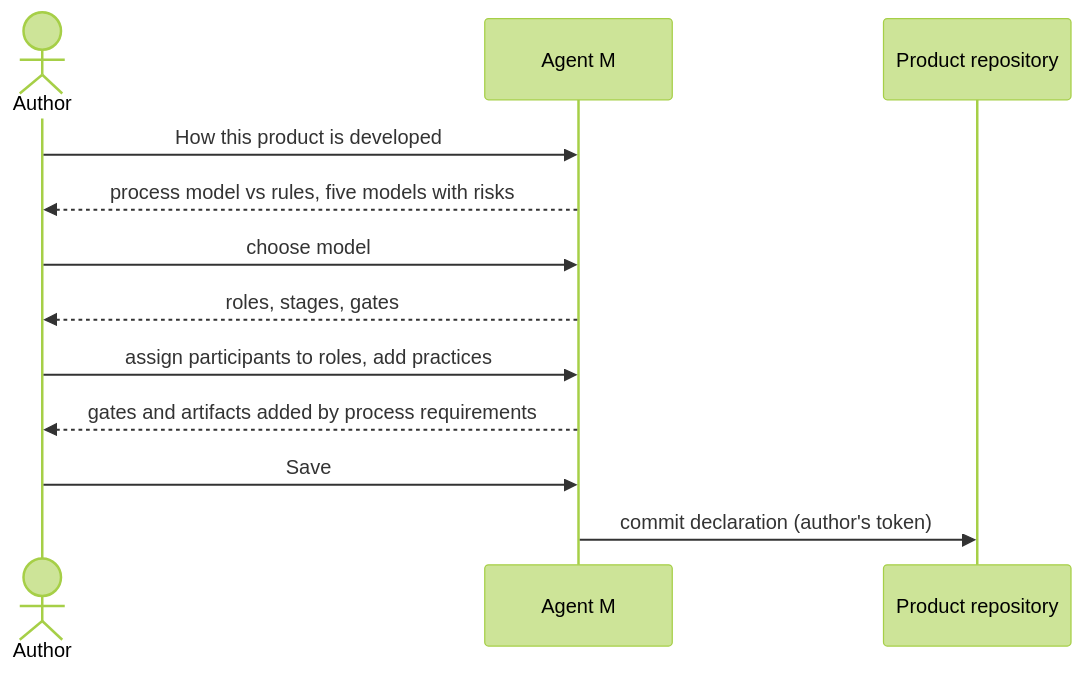
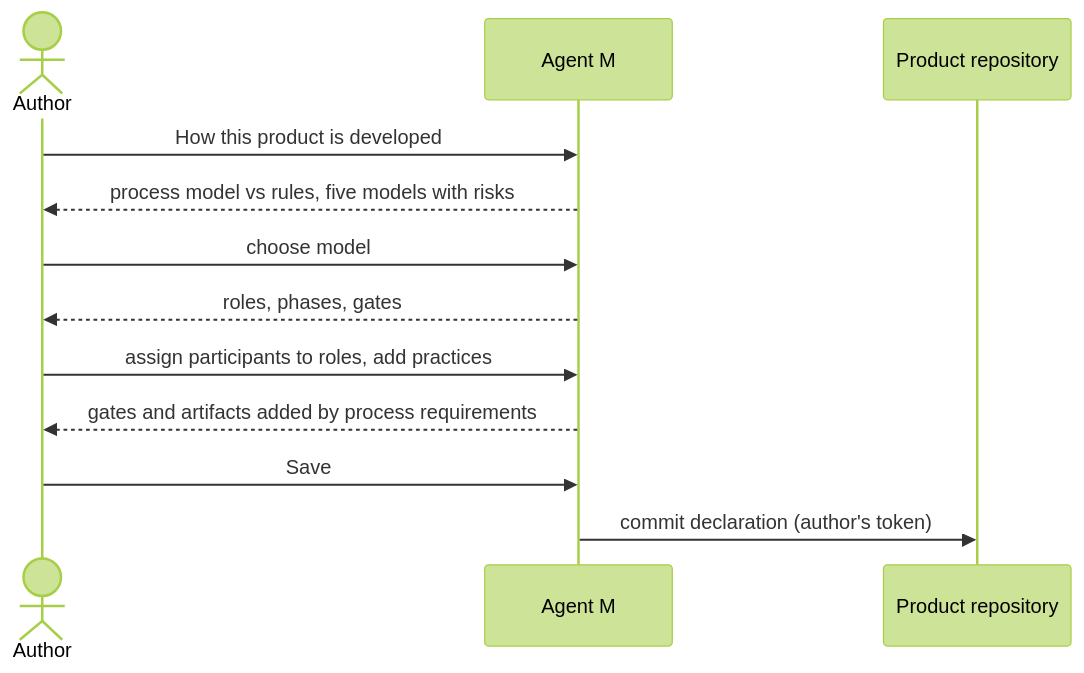
One commit to akmaier/agent-m changed the diagram in docs/use-cases/UC-002-choose-a-process-model.md. Above: the diagram before and after it, drawn with Mermaid (forest theme). The commit also changed other lines of this file and 57 other files, not shown here.

````diff
--- a/docs/use-cases/UC-002-choose-a-process-model.md
+++ b/docs/use-cases/UC-002-choose-a-process-model.md
@@ -78,14 +78,14 @@
 ```mermaid
 sequenceDiagram
     actor A as Author
     participant M as Agent M
     participant G as Product repository
     A->>M: How this product is developed
     M-->>A: process model vs rules, five models with risks
     A->>M: choose model
-    M-->>A: roles, stages, gates
+    M-->>A: roles, phases, gates
     A->>M: assign participants to roles, add practices
     M-->>A: gates and artifacts added by process requirements
     A->>M: Save
     M->>G: commit declaration (author's token)
 ```
````
